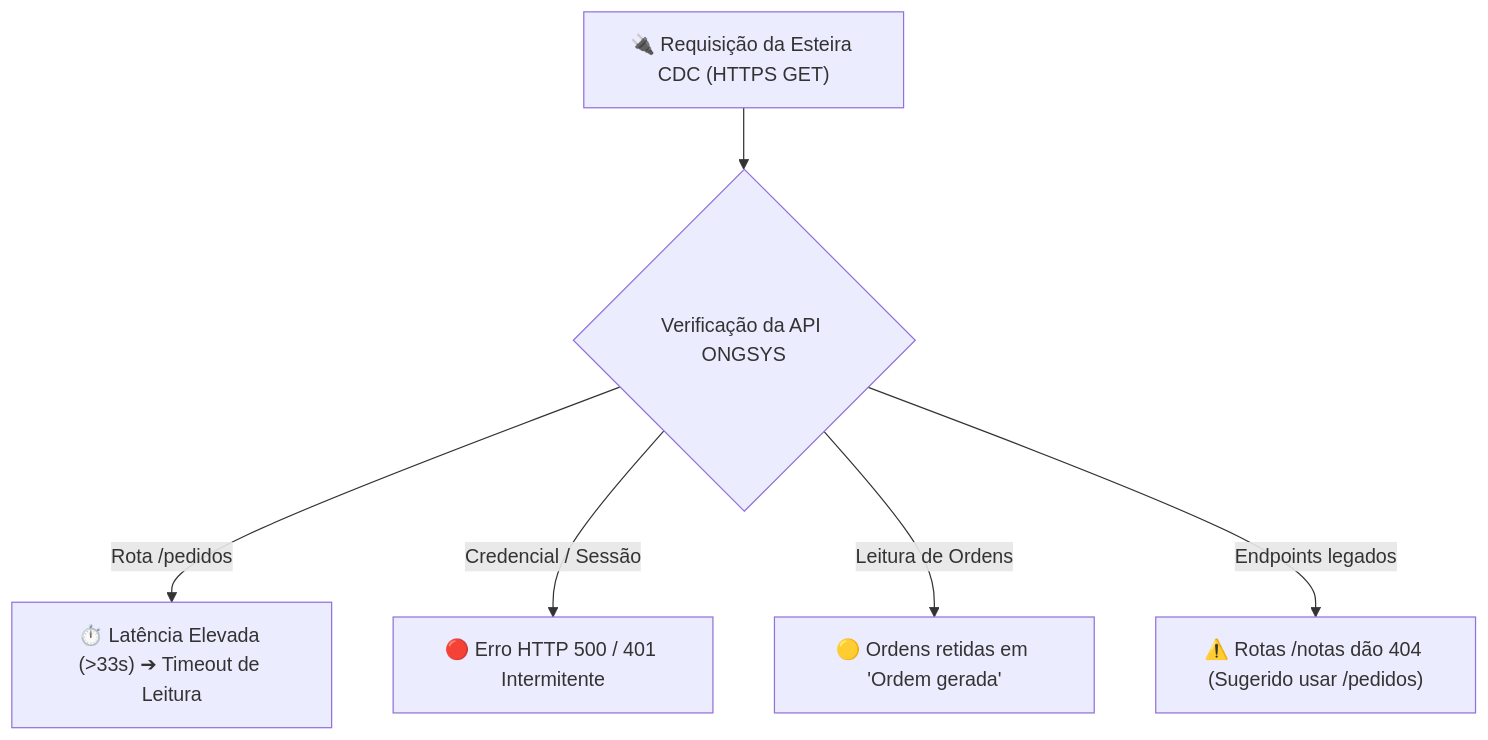
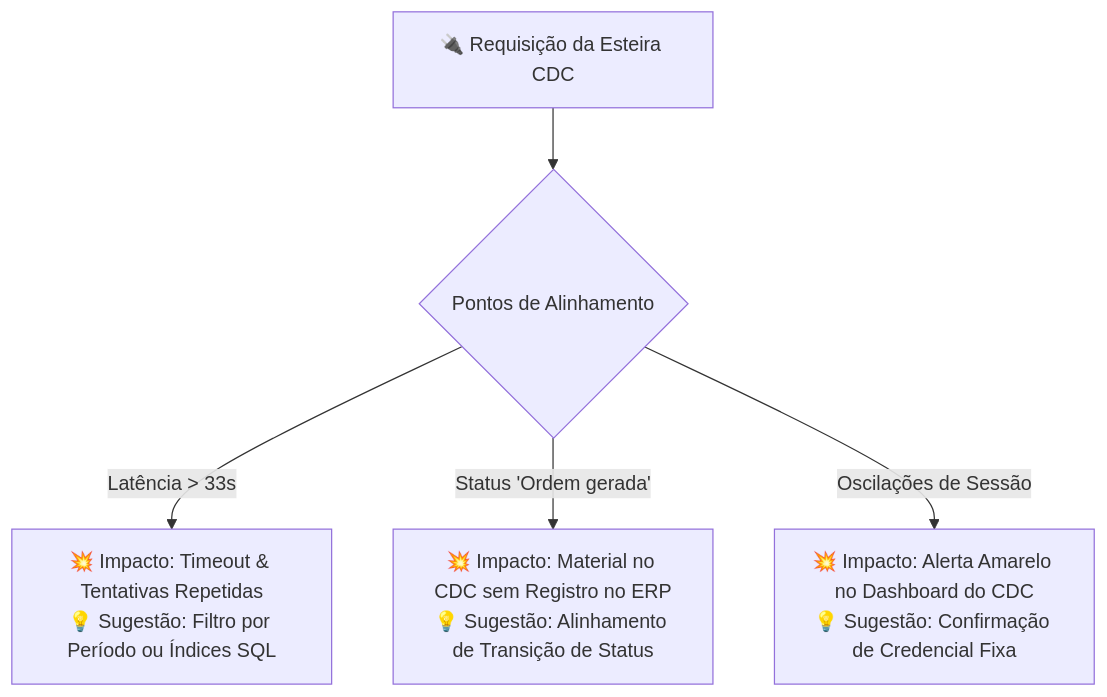
One commit to dxcdc/ERPNext changed the diagram in docs/relatorio_alinhamento_ongsys.md. Above: the diagram before and after it, drawn with Mermaid. The commit also changed other lines of this file, not shown here.

Commit message:
docs: atualiza relatorio de alinhamento ONGSYS com matriz completa de APIs, causa/impacto e apendice de logs

````diff
--- a/docs/relatorio_alinhamento_ongsys.md
+++ b/docs/relatorio_alinhamento_ongsys.md
@@ -28,8 +44,7 @@
 ```mermaid
 flowchart TD
-    A["🔌 Requisição da Esteira CDC (HTTPS GET)"] --> B{"Verificação da API ONGSYS"}
-    B -->|Rota /pedidos| C["⏱️ Latência Elevada (>33s) ➔ Timeout de Leitura"]
-    B -->|Credencial / Sessão| D["🔴 Erro HTTP 500 / 401 Intermitente"]
-    B -->|Leitura de Ordens| E["🟡 Ordens retidas em 'Ordem gerada'"]
-    B -->|Endpoints legados| F["⚠️ Rotas /notas dão 404 (Sugerido usar /pedidos)"]
+    A["🔌 Requisição da Esteira CDC"] --> B{"Pontos de Alinhamento"}
+    B -->|Latência > 33s| C["💥 Impacto: Timeout & Tentativas Repetidas\n💡 Sugestão: Filtro por Período ou Índices SQL"]
+    B -->|Status 'Ordem gerada'| D["💥 Impacto: Material no CDC sem Registro no ERP\n💡 Sugestão: Alinhamento de Transição de Status"]
+    B -->|Oscilações de Sessão| E["💥 Impacto: Alerta Amarelo no Dashboard do CDC\n💡 Sugestão: Confirmação de Credencial Fixa"]
 ```
````
